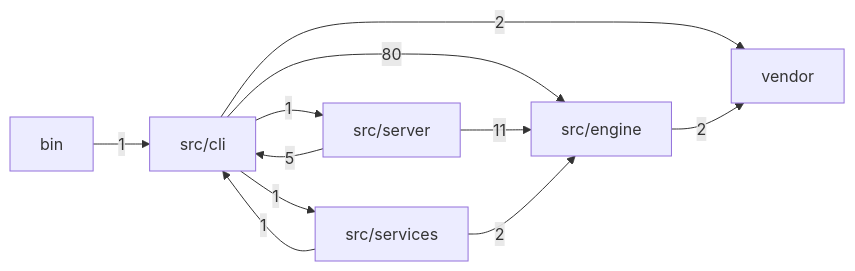
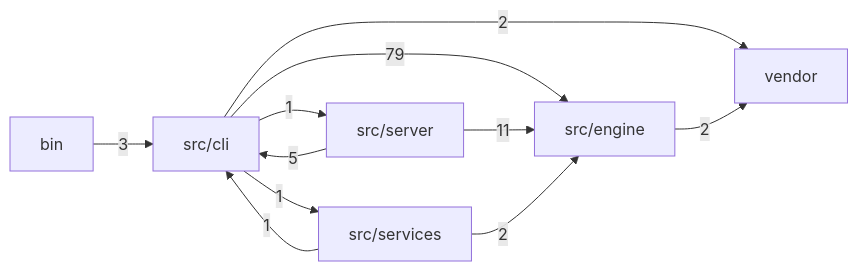
One commit to mgillr/memev changed the first of 2 diagrams in docs/MODULES.md. Above: the diagram before and after it, drawn with Mermaid. The commit also changed other lines of this file and 10 other files, not shown here.

````diff
--- a/docs/MODULES.md
+++ b/docs/MODULES.md
@@ -11,19 +11,19 @@
 ```mermaid
 flowchart LR
   bin["bin"]
   cli["src/cli"]
   engine["src/engine"]
   server["src/server"]
   services["src/services"]
   vendor["vendor"]
-  bin -->|"1"| cli
-  cli -->|"80"| engine
+  bin -->|"3"| cli
+  cli -->|"79"| engine
   cli -->|"1"| server
   cli -->|"1"| services
   cli -->|"2"| vendor
   engine -->|"2"| vendor
   server -->|"5"| cli
   server -->|"11"| engine
   services -->|"1"| cli
   services -->|"2"| engine
 ```
````
